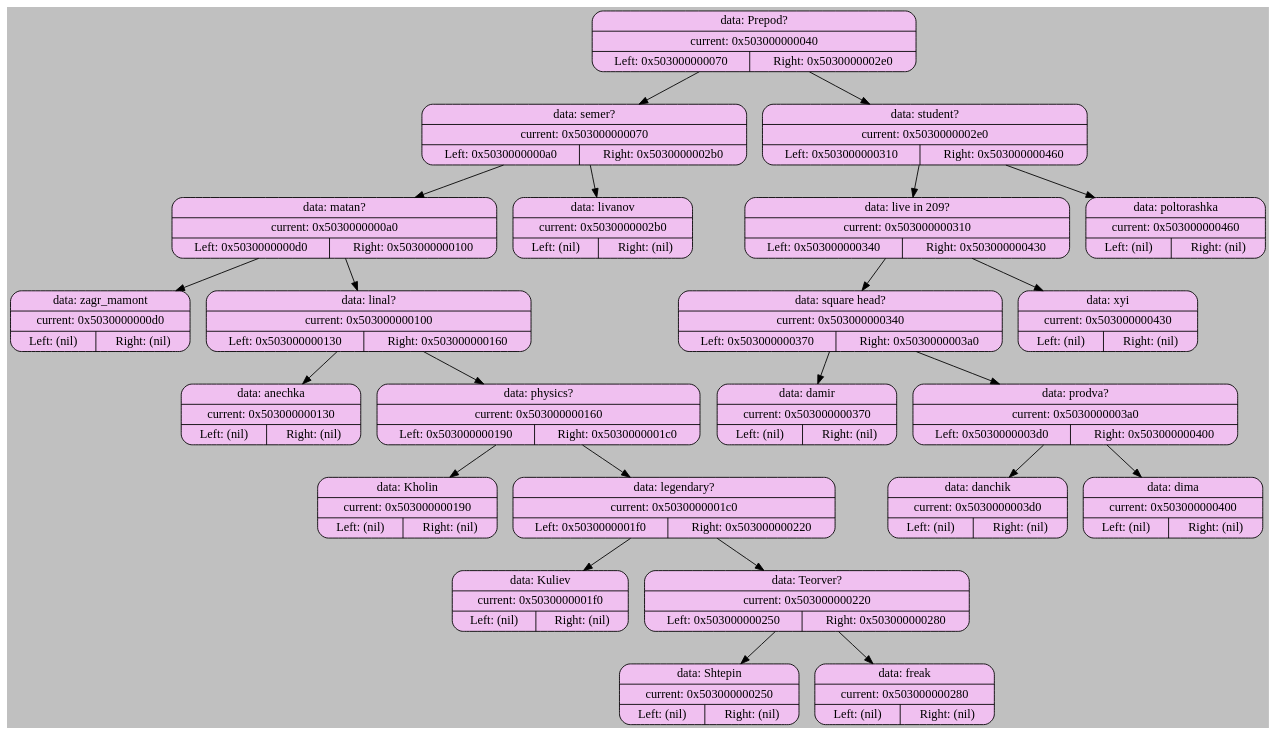
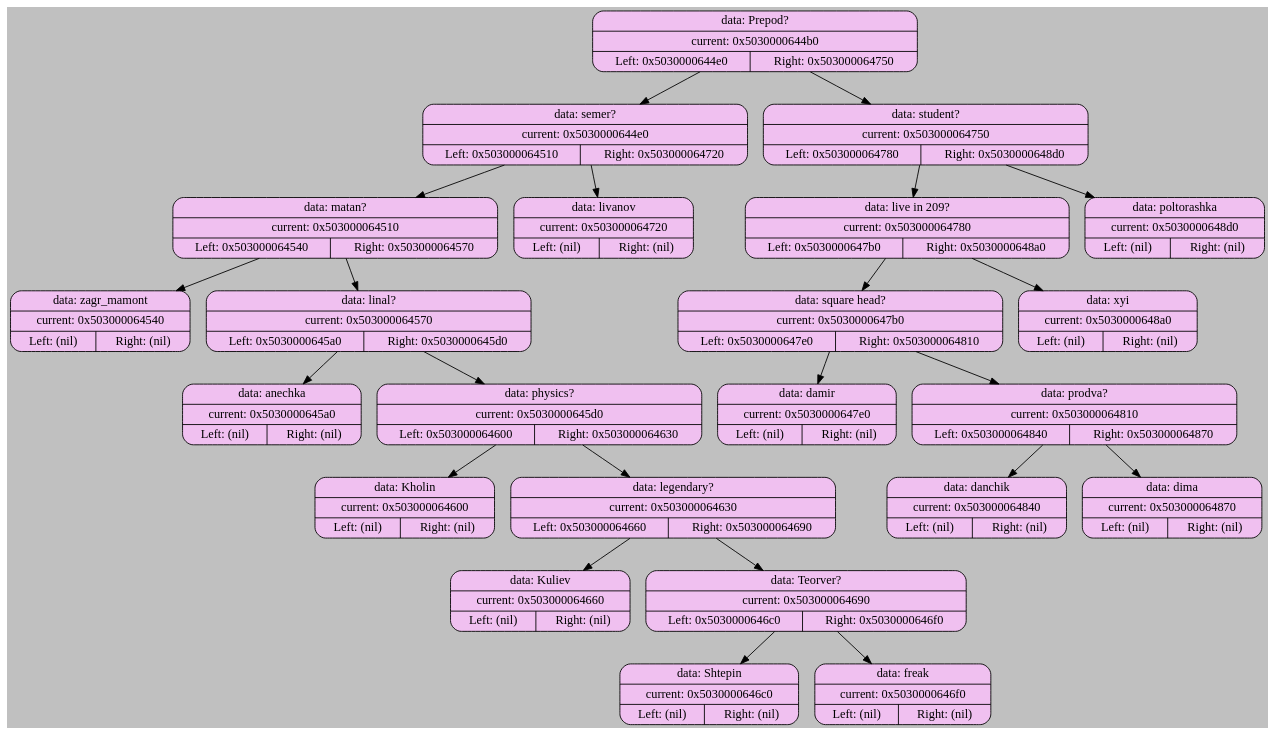
One commit to Atlaxsyys/akinator changed the diagram in graph_dump/graph_1.dot. Above: the diagram before and after it, drawn with Graphviz. The commit also changed 8 other files, not shown here.

Commit message:
added graphic akinator

```diff
--- a/graph_dump/graph_1.dot
+++ b/graph_dump/graph_1.dot
@@ -1,50 +1,50 @@
 digraph BinaryTree {
     bgcolor="#C0C0C0";
 
     node [shape=record];
-    "0x503000000040" [shape=Mrecord, style=filled; fillcolor="#F0C0F0"; label="{data: Prepod? | current: 0x503000000040 | { Left: 0x503000000070 | Right: 0x5030000002e0 } }"];
-    "0x503000000040" -> "0x503000000070";
-    "0x503000000070" [shape=Mrecord, style=filled; fillcolor="#F0C0F0"; label="{data: semer? | current: 0x503000000070 | { Left: 0x5030000000a0 | Right: 0x5030000002b0 } }"];
-    "0x503000000070" -> "0x5030000000a0";
-    "0x5030000000a0" [shape=Mrecord, style=filled; fillcolor="#F0C0F0"; label="{data: matan? | current: 0x5030000000a0 | { Left: 0x5030000000d0 | Right: 0x503000000100 } }"];
-    "0x5030000000a0" -> "0x5030000000d0";
-    "0x5030000000d0" [shape=Mrecord, style=filled; fillcolor="#F0C0F0"; label="{data: zagr_mamont | current: 0x5030000000d0 | { Left: (nil) | Right: (nil) } }"];
-    "0x5030000000a0" -> "0x503000000100";
-    "0x503000000100" [shape=Mrecord, style=filled; fillcolor="#F0C0F0"; label="{data: linal? | current: 0x503000000100 | { Left: 0x503000000130 | Right: 0x503000000160 } }"];
-    "0x503000000100" -> "0x503000000130";
-    "0x503000000130" [shape=Mrecord, style=filled; fillcolor="#F0C0F0"; label="{data: anechka | current: 0x503000000130 | { Left: (nil) | Right: (nil) } }"];
-    "0x503000000100" -> "0x503000000160";
-    "0x503000000160" [shape=Mrecord, style=filled; fillcolor="#F0C0F0"; label="{data: physics? | current: 0x503000000160 | { Left: 0x503000000190 | Right: 0x5030000001c0 } }"];
-    "0x503000000160" -> "0x503000000190";
-    "0x503000000190" [shape=Mrecord, style=filled; fillcolor="#F0C0F0"; label="{data: Kholin | current: 0x503000000190 | { Left: (nil) | Right: (nil) } }"];
-    "0x503000000160" -> "0x5030000001c0";
-    "0x5030000001c0" [shape=Mrecord, style=filled; fillcolor="#F0C0F0"; label="{data: legendary? | current: 0x5030000001c0 | { Left: 0x5030000001f0 | Right: 0x503000000220 } }"];
-    "0x5030000001c0" -> "0x5030000001f0";
-    "0x5030000001f0" [shape=Mrecord, style=filled; fillcolor="#F0C0F0"; label="{data: Kuliev | current: 0x5030000001f0 | { Left: (nil) | Right: (nil) } }"];
-    "0x5030000001c0" -> "0x503000000220";
-    "0x503000000220" [shape=Mrecord, style=filled; fillcolor="#F0C0F0"; label="{data: Teorver? | current: 0x503000000220 | { Left: 0x503000000250 | Right: 0x503000000280 } }"];
-    "0x503000000220" -> "0x503000000250";
-    "0x503000000250" [shape=Mrecord, style=filled; fillcolor="#F0C0F0"; label="{data: Shtepin | current: 0x503000000250 | { Left: (nil) | Right: (nil) } }"];
-    "0x503000000220" -> "0x503000000280";
-    "0x503000000280" [shape=Mrecord, style=filled; fillcolor="#F0C0F0"; label="{data: freak | current: 0x503000000280 | { Left: (nil) | Right: (nil) } }"];
-    "0x503000000070" -> "0x5030000002b0";
-    "0x5030000002b0" [shape=Mrecord, style=filled; fillcolor="#F0C0F0"; label="{data: livanov | current: 0x5030000002b0 | { Left: (nil) | Right: (nil) } }"];
-    "0x503000000040" -> "0x5030000002e0";
-    "0x5030000002e0" [shape=Mrecord, style=filled; fillcolor="#F0C0F0"; label="{data: student? | current: 0x5030000002e0 | { Left: 0x503000000310 | Right: 0x503000000460 } }"];
-    "0x5030000002e0" -> "0x503000000310";
-    "0x503000000310" [shape=Mrecord, style=filled; fillcolor="#F0C0F0"; label="{data: live in 209? | current: 0x503000000310 | { Left: 0x503000000340 | Right: 0x503000000430 } }"];
-    "0x503000000310" -> "0x503000000340";
-    "0x503000000340" [shape=Mrecord, style=filled; fillcolor="#F0C0F0"; label="{data: square head? | current: 0x503000000340 | { Left: 0x503000000370 | Right: 0x5030000003a0 } }"];
-    "0x503000000340" -> "0x503000000370";
-    "0x503000000370" [shape=Mrecord, style=filled; fillcolor="#F0C0F0"; label="{data: damir | current: 0x503000000370 | { Left: (nil) | Right: (nil) } }"];
-    "0x503000000340" -> "0x5030000003a0";
-    "0x5030000003a0" [shape=Mrecord, style=filled; fillcolor="#F0C0F0"; label="{data: prodva? | current: 0x5030000003a0 | { Left: 0x5030000003d0 | Right: 0x503000000400 } }"];
-    "0x5030000003a0" -> "0x5030000003d0";
-    "0x5030000003d0" [shape=Mrecord, style=filled; fillcolor="#F0C0F0"; label="{data: danchik | current: 0x5030000003d0 | { Left: (nil) | Right: (nil) } }"];
-    "0x5030000003a0" -> "0x503000000400";
-    "0x503000000400" [shape=Mrecord, style=filled; fillcolor="#F0C0F0"; label="{data: dima | current: 0x503000000400 | { Left: (nil) | Right: (nil) } }"];
-    "0x503000000310" -> "0x503000000430";
-    "0x503000000430" [shape=Mrecord, style=filled; fillcolor="#F0C0F0"; label="{data: xyi | current: 0x503000000430 | { Left: (nil) | Right: (nil) } }"];
-    "0x5030000002e0" -> "0x503000000460";
-    "0x503000000460" [shape=Mrecord, style=filled; fillcolor="#F0C0F0"; label="{data: poltorashka | current: 0x503000000460 | { Left: (nil) | Right: (nil) } }"];
+    "0x5030000644b0" [shape=Mrecord, style=filled; fillcolor="#F0C0F0"; label="{data: Prepod? | current: 0x5030000644b0 | { Left: 0x5030000644e0 | Right: 0x503000064750 } }"];
+    "0x5030000644b0" -> "0x5030000644e0";
+    "0x5030000644e0" [shape=Mrecord, style=filled; fillcolor="#F0C0F0"; label="{data: semer? | current: 0x5030000644e0 | { Left: 0x503000064510 | Right: 0x503000064720 } }"];
+    "0x5030000644e0" -> "0x503000064510";
+    "0x503000064510" [shape=Mrecord, style=filled; fillcolor="#F0C0F0"; label="{data: matan? | current: 0x503000064510 | { Left: 0x503000064540 | Right: 0x503000064570 } }"];
+    "0x503000064510" -> "0x503000064540";
+    "0x503000064540" [shape=Mrecord, style=filled; fillcolor="#F0C0F0"; label="{data: zagr_mamont | current: 0x503000064540 | { Left: (nil) | Right: (nil) } }"];
+    "0x503000064510" -> "0x503000064570";
+    "0x503000064570" [shape=Mrecord, style=filled; fillcolor="#F0C0F0"; label="{data: linal? | current: 0x503000064570 | { Left: 0x5030000645a0 | Right: 0x5030000645d0 } }"];
+    "0x503000064570" -> "0x5030000645a0";
+    "0x5030000645a0" [shape=Mrecord, style=filled; fillcolor="#F0C0F0"; label="{data: anechka | current: 0x5030000645a0 | { Left: (nil) | Right: (nil) } }"];
+    "0x503000064570" -> "0x5030000645d0";
+    "0x5030000645d0" [shape=Mrecord, style=filled; fillcolor="#F0C0F0"; label="{data: physics? | current: 0x5030000645d0 | { Left: 0x503000064600 | Right: 0x503000064630 } }"];
+    "0x5030000645d0" -> "0x503000064600";
+    "0x503000064600" [shape=Mrecord, style=filled; fillcolor="#F0C0F0"; label="{data: Kholin | current: 0x503000064600 | { Left: (nil) | Right: (nil) } }"];
+    "0x5030000645d0" -> "0x503000064630";
+    "0x503000064630" [shape=Mrecord, style=filled; fillcolor="#F0C0F0"; label="{data: legendary? | current: 0x503000064630 | { Left: 0x503000064660 | Right: 0x503000064690 } }"];
+    "0x503000064630" -> "0x503000064660";
+    "0x503000064660" [shape=Mrecord, style=filled; fillcolor="#F0C0F0"; label="{data: Kuliev | current: 0x503000064660 | { Left: (nil) | Right: (nil) } }"];
+    "0x503000064630" -> "0x503000064690";
+    "0x503000064690" [shape=Mrecord, style=filled; fillcolor="#F0C0F0"; label="{data: Teorver? | current: 0x503000064690 | { Left: 0x5030000646c0 | Right: 0x5030000646f0 } }"];
+    "0x503000064690" -> "0x5030000646c0";
+    "0x5030000646c0" [shape=Mrecord, style=filled; fillcolor="#F0C0F0"; label="{data: Shtepin | current: 0x5030000646c0 | { Left: (nil) | Right: (nil) } }"];
+    "0x503000064690" -> "0x5030000646f0";
+    "0x5030000646f0" [shape=Mrecord, style=filled; fillcolor="#F0C0F0"; label="{data: freak | current: 0x5030000646f0 | { Left: (nil) | Right: (nil) } }"];
+    "0x5030000644e0" -> "0x503000064720";
+    "0x503000064720" [shape=Mrecord, style=filled; fillcolor="#F0C0F0"; label="{data: livanov | current: 0x503000064720 | { Left: (nil) | Right: (nil) } }"];
+    "0x5030000644b0" -> "0x503000064750";
+    "0x503000064750" [shape=Mrecord, style=filled; fillcolor="#F0C0F0"; label="{data: student? | current: 0x503000064750 | { Left: 0x503000064780 | Right: 0x5030000648d0 } }"];
+    "0x503000064750" -> "0x503000064780";
+    "0x503000064780" [shape=Mrecord, style=filled; fillcolor="#F0C0F0"; label="{data: live in 209? | current: 0x503000064780 | { Left: 0x5030000647b0 | Right: 0x5030000648a0 } }"];
+    "0x503000064780" -> "0x5030000647b0";
+    "0x5030000647b0" [shape=Mrecord, style=filled; fillcolor="#F0C0F0"; label="{data: square head? | current: 0x5030000647b0 | { Left: 0x5030000647e0 | Right: 0x503000064810 } }"];
+    "0x5030000647b0" -> "0x5030000647e0";
+    "0x5030000647e0" [shape=Mrecord, style=filled; fillcolor="#F0C0F0"; label="{data: damir | current: 0x5030000647e0 | { Left: (nil) | Right: (nil) } }"];
+    "0x5030000647b0" -> "0x503000064810";
+    "0x503000064810" [shape=Mrecord, style=filled; fillcolor="#F0C0F0"; label="{data: prodva? | current: 0x503000064810 | { Left: 0x503000064840 | Right: 0x503000064870 } }"];
+    "0x503000064810" -> "0x503000064840";
+    "0x503000064840" [shape=Mrecord, style=filled; fillcolor="#F0C0F0"; label="{data: danchik | current: 0x503000064840 | { Left: (nil) | Right: (nil) } }"];
+    "0x503000064810" -> "0x503000064870";
+    "0x503000064870" [shape=Mrecord, style=filled; fillcolor="#F0C0F0"; label="{data: dima | current: 0x503000064870 | { Left: (nil) | Right: (nil) } }"];
+    "0x503000064780" -> "0x5030000648a0";
+    "0x5030000648a0" [shape=Mrecord, style=filled; fillcolor="#F0C0F0"; label="{data: xyi | current: 0x5030000648a0 | { Left: (nil) | Right: (nil) } }"];
+    "0x503000064750" -> "0x5030000648d0";
+    "0x5030000648d0" [shape=Mrecord, style=filled; fillcolor="#F0C0F0"; label="{data: poltorashka | current: 0x5030000648d0 | { Left: (nil) | Right: (nil) } }"];
 }
```
